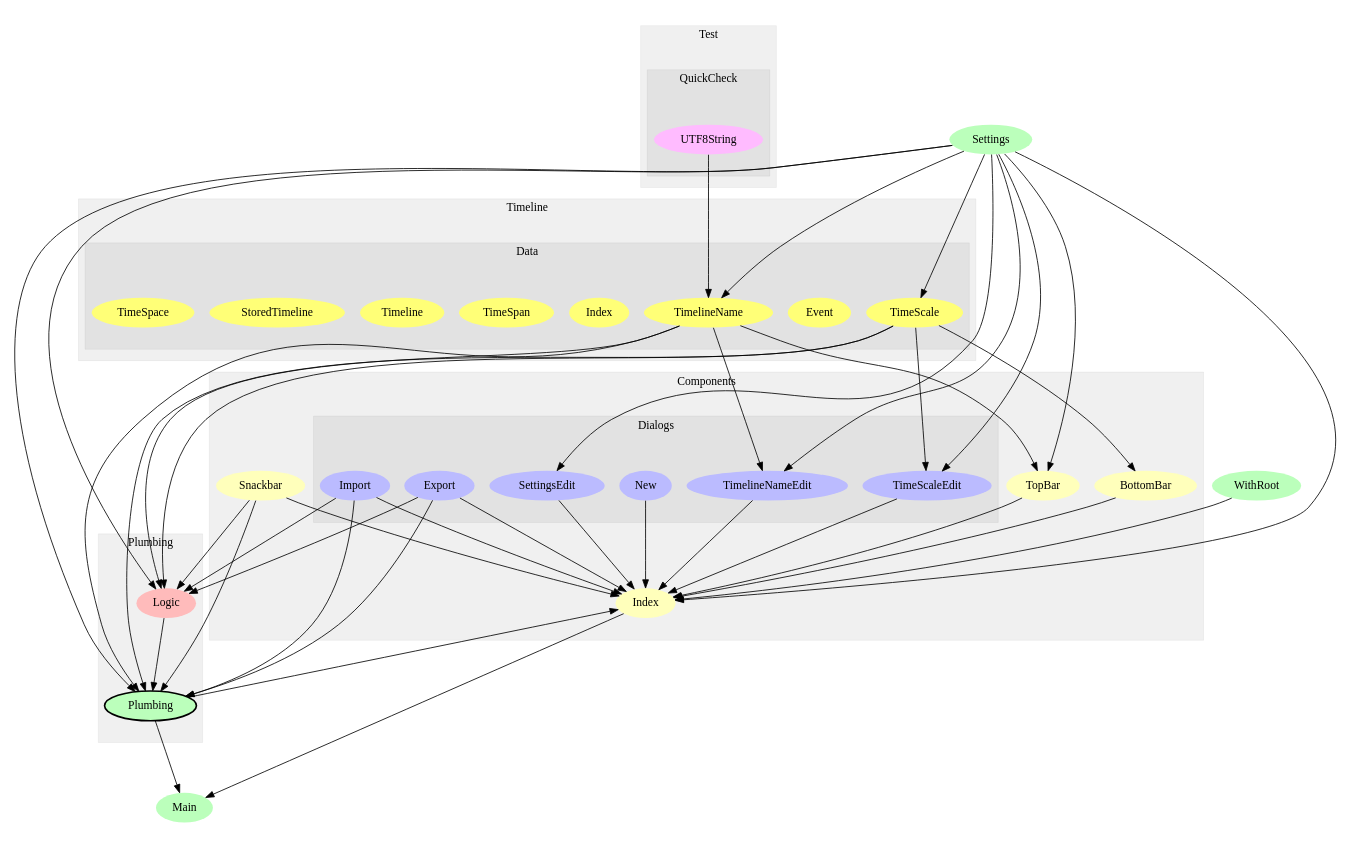
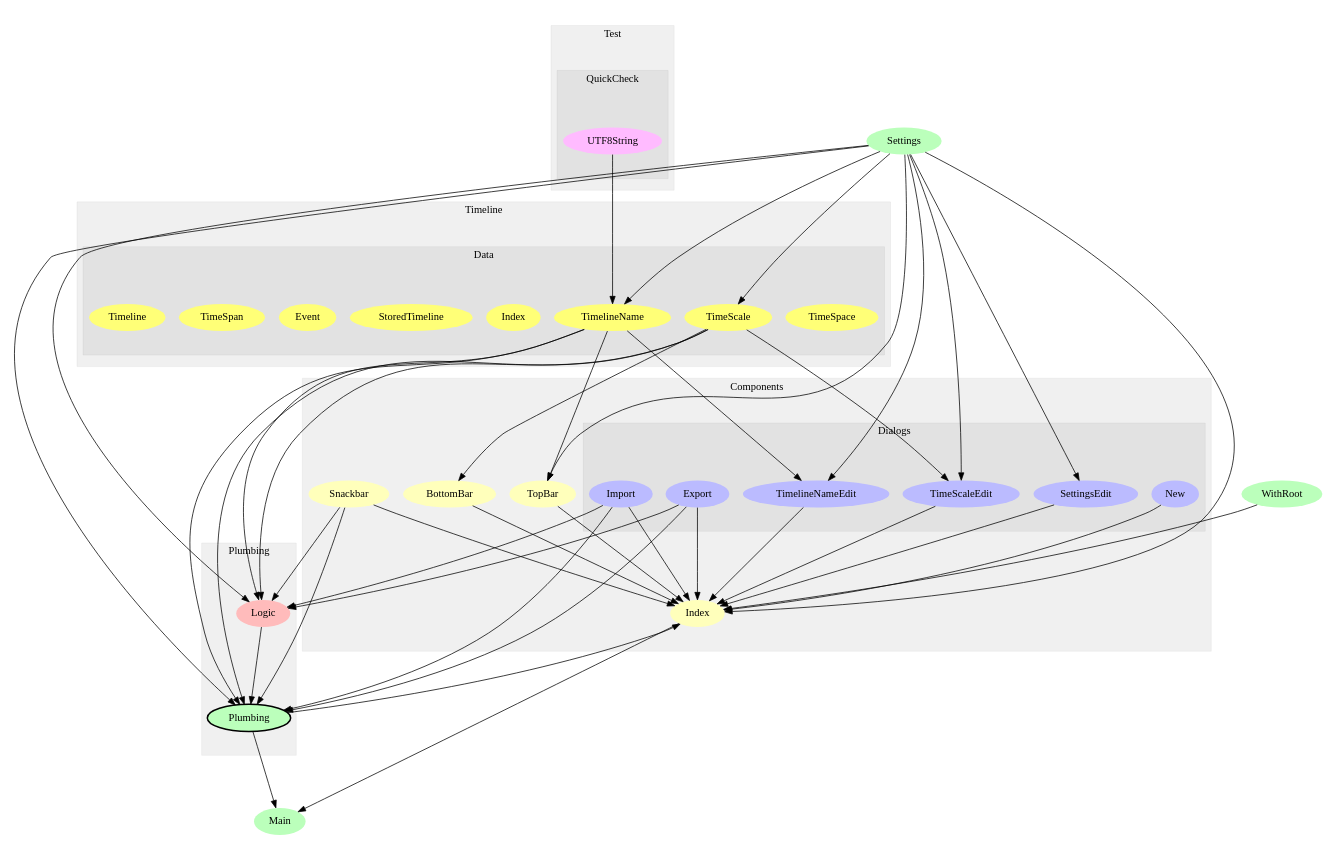
One commit to openchronology/openchronology.github.io changed the diagram in modules.dot. Above: the diagram before and after it, drawn with Graphviz. The commit also changed 3 other files, not shown here.

Commit message:
better graph for signals

```diff
--- a/modules.dot
+++ b/modules.dot
@@ -1,109 +1,109 @@
 digraph Modules {
 size="12,8";
 ratio="fill";
-u0[label="Main",style="filled",fillcolor="#bbffbb",penwidth="0"];
-u21[label="WithRoot",style="filled",fillcolor="#bbffbb",penwidth="0"];
-u22[label="Settings",style="filled",fillcolor="#bbffbb",penwidth="0"];
+u10[label="Settings",style="filled",fillcolor="#bbffbb",penwidth="0"];
+u13[label="Main",style="filled",fillcolor="#bbffbb",penwidth="0"];
+u23[label="WithRoot",style="filled",fillcolor="#bbffbb",penwidth="0"];
 subgraph cluster_0 {
 label="Components";
 color="#0000000F";
 style="filled";
-u17[label="Index",style="filled",fillcolor="#ffffbb",penwidth="0"];
-u18[label="TopBar",style="filled",fillcolor="#ffffbb",penwidth="0"];
-u19[label="BottomBar",style="filled",fillcolor="#ffffbb",penwidth="0"];
-u20[label="Snackbar",style="filled",fillcolor="#ffffbb",penwidth="0"];
+u0[label="BottomBar",style="filled",fillcolor="#ffffbb",penwidth="0"];
+u7[label="TopBar",style="filled",fillcolor="#ffffbb",penwidth="0"];
+u8[label="Index",style="filled",fillcolor="#ffffbb",penwidth="0"];
+u9[label="Snackbar",style="filled",fillcolor="#ffffbb",penwidth="0"];
 subgraph cluster_1 {
 label="Dialogs";
 color="#0000000F";
 style="filled";
-u11[label="TimelineNameEdit",style="filled",fillcolor="#bbbbff",penwidth="0"];
-u12[label="SettingsEdit",style="filled",fillcolor="#bbbbff",penwidth="0"];
-u13[label="New",style="filled",fillcolor="#bbbbff",penwidth="0"];
-u14[label="Export",style="filled",fillcolor="#bbbbff",penwidth="0"];
-u15[label="Import",style="filled",fillcolor="#bbbbff",penwidth="0"];
-u16[label="TimeScaleEdit",style="filled",fillcolor="#bbbbff",penwidth="0"];
+u1[label="Import",style="filled",fillcolor="#bbbbff",penwidth="0"];
+u2[label="SettingsEdit",style="filled",fillcolor="#bbbbff",penwidth="0"];
+u3[label="TimelineNameEdit",style="filled",fillcolor="#bbbbff",penwidth="0"];
+u4[label="TimeScaleEdit",style="filled",fillcolor="#bbbbff",penwidth="0"];
+u5[label="Export",style="filled",fillcolor="#bbbbff",penwidth="0"];
+u6[label="New",style="filled",fillcolor="#bbbbff",penwidth="0"];
 
 }
 
 }
 subgraph cluster_2 {
 label="Plumbing";
 color="#0000000F";
 style="filled";
-u10[label="Plumbing",style="filled,bold",fillcolor="#bbffbb"];
-u1[label="Logic",style="filled",fillcolor="#ffbbbb",penwidth="0"];
+u11[label="Plumbing",style="filled,bold",fillcolor="#bbffbb"];
+u22[label="Logic",style="filled",fillcolor="#ffbbbb",penwidth="0"];
 
 }
 subgraph cluster_3 {
 label="Test";
 color="#0000000F";
 style="filled";
 subgraph cluster_4 {
 label="QuickCheck";
 color="#0000000F";
 style="filled";
-u23[label="UTF8String",style="filled",fillcolor="#ffbbff",penwidth="0"];
+u12[label="UTF8String",style="filled",fillcolor="#ffbbff",penwidth="0"];
 
 }
 
 }
 subgraph cluster_5 {
 label="Timeline";
 color="#0000000F";
 style="filled";
 subgraph cluster_6 {
 label="Data";
 color="#0000000F";
 style="filled";
-u2[label="TimeScale",style="filled",fillcolor="#ffff77",penwidth="0"];
-u3[label="Event",style="filled",fillcolor="#ffff77",penwidth="0"];
-u4[label="TimelineName",style="filled",fillcolor="#ffff77",penwidth="0"];
-u5[label="Index",style="filled",fillcolor="#ffff77",penwidth="0"];
-u6[label="TimeSpan",style="filled",fillcolor="#ffff77",penwidth="0"];
-u7[label="Timeline",style="filled",fillcolor="#ffff77",penwidth="0"];
-u8[label="StoredTimeline",style="filled",fillcolor="#ffff77",penwidth="0"];
-u9[label="TimeSpace",style="filled",fillcolor="#ffff77",penwidth="0"];
+u14[label="TimeSpace",style="filled",fillcolor="#ffff77",penwidth="0"];
+u15[label="TimeScale",style="filled",fillcolor="#ffff77",penwidth="0"];
+u16[label="TimelineName",style="filled",fillcolor="#ffff77",penwidth="0"];
+u17[label="Index",style="filled",fillcolor="#ffff77",penwidth="0"];
+u18[label="StoredTimeline",style="filled",fillcolor="#ffff77",penwidth="0"];
+u19[label="Event",style="filled",fillcolor="#ffff77",penwidth="0"];
+u20[label="TimeSpan",style="filled",fillcolor="#ffff77",penwidth="0"];
+u21[label="Timeline",style="filled",fillcolor="#ffff77",penwidth="0"];
 
 }
 
 }
-u10 -> u0;
-u17 -> u0;
-u2 -> u1;
-u4 -> u1;
-u14 -> u1;
-u15 -> u1;
-u20 -> u1;
-u22 -> u1;
-u22 -> u2;
-u22 -> u4;
-u23 -> u4;
-u1 -> u10;
-u2 -> u10;
-u4 -> u10;
-u14 -> u10;
-u15 -> u10;
-u20 -> u10;
-u22 -> u10;
-u4 -> u11;
+u15 -> u0;
+u10 -> u2;
+u10 -> u3;
+u16 -> u3;
+u10 -> u4;
+u15 -> u4;
+u10 -> u7;
+u16 -> u7;
+u0 -> u8;
+u1 -> u8;
+u2 -> u8;
+u3 -> u8;
+u4 -> u8;
+u5 -> u8;
+u6 -> u8;
+u7 -> u8;
+u9 -> u8;
+u10 -> u8;
+u11 -> u8;
+u23 -> u8;
+u1 -> u11;
+u5 -> u11;
+u9 -> u11;
+u10 -> u11;
+u15 -> u11;
+u16 -> u11;
 u22 -> u11;
-u22 -> u12;
-u2 -> u16;
-u22 -> u16;
-u10 -> u17;
-u11 -> u17;
-u12 -> u17;
-u13 -> u17;
-u14 -> u17;
-u15 -> u17;
-u16 -> u17;
-u18 -> u17;
-u19 -> u17;
-u20 -> u17;
-u21 -> u17;
-u22 -> u17;
-u4 -> u18;
-u22 -> u18;
-u2 -> u19;
+u8 -> u13;
+u11 -> u13;
+u10 -> u15;
+u10 -> u16;
+u12 -> u16;
+u1 -> u22;
+u5 -> u22;
+u9 -> u22;
+u10 -> u22;
+u15 -> u22;
+u16 -> u22;
 
 }
```
